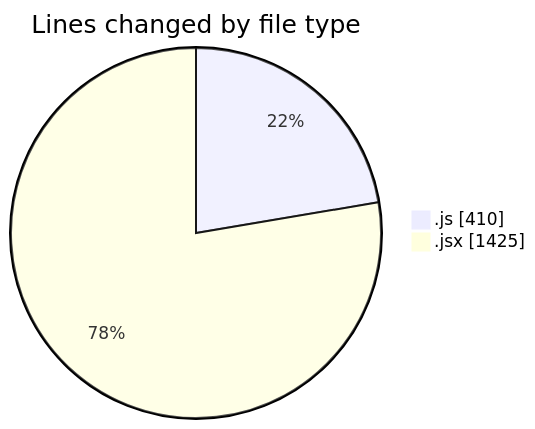
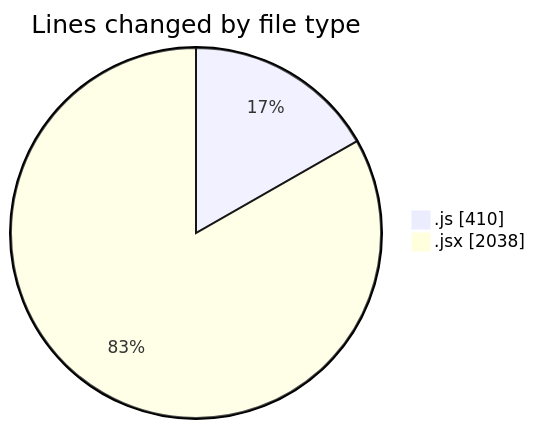
One commit to nxtqubesakshisongat/code-tracking changed the first of 2 diagrams in 2025-08-28/nxtqube_webapp/README.md. Above: the diagram before and after it, drawn with Mermaid. The commit also changed other lines of this file and 1 other file, not shown here.

````diff
--- a/2025-08-28/nxtqube_webapp/README.md
+++ b/2025-08-28/nxtqube_webapp/README.md
@@ -24,6 +25,6 @@
 ```mermaid
 pie showData
 title Lines changed by file type
 ".js" : 410
-".jsx" : 1425
+".jsx" : 2038
 ```
````
